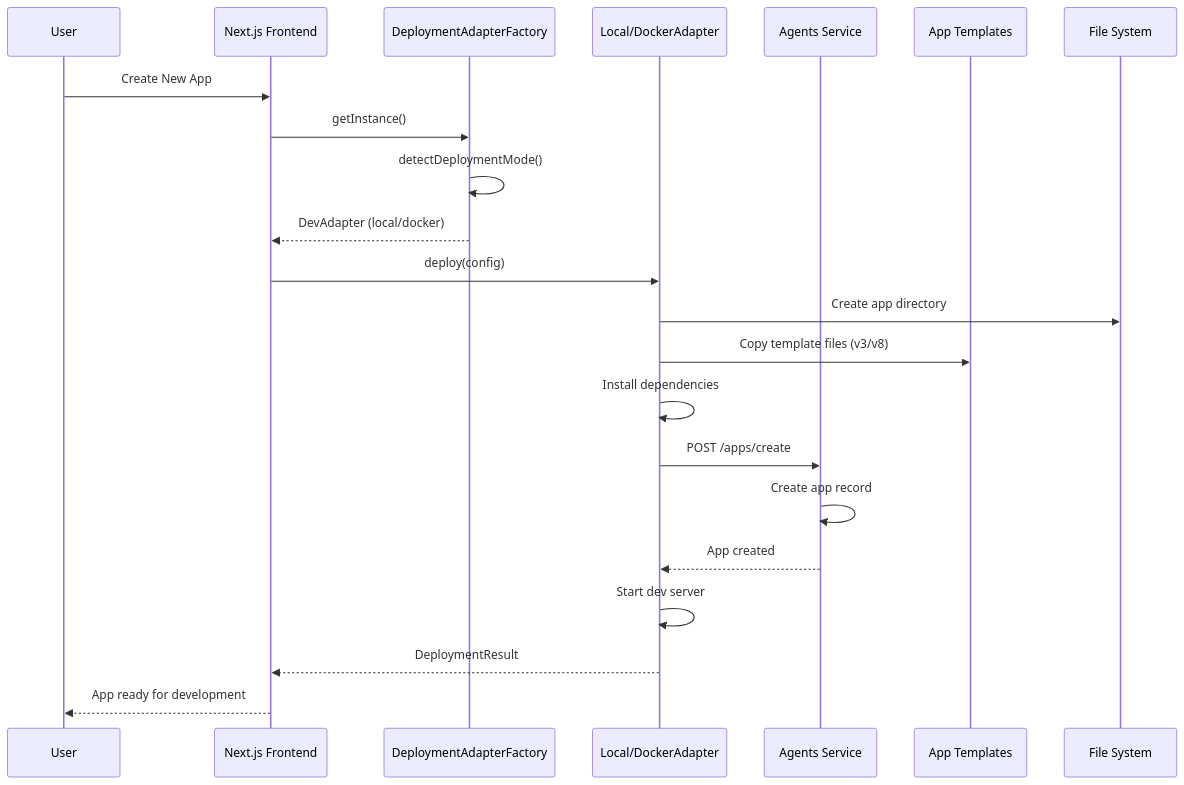
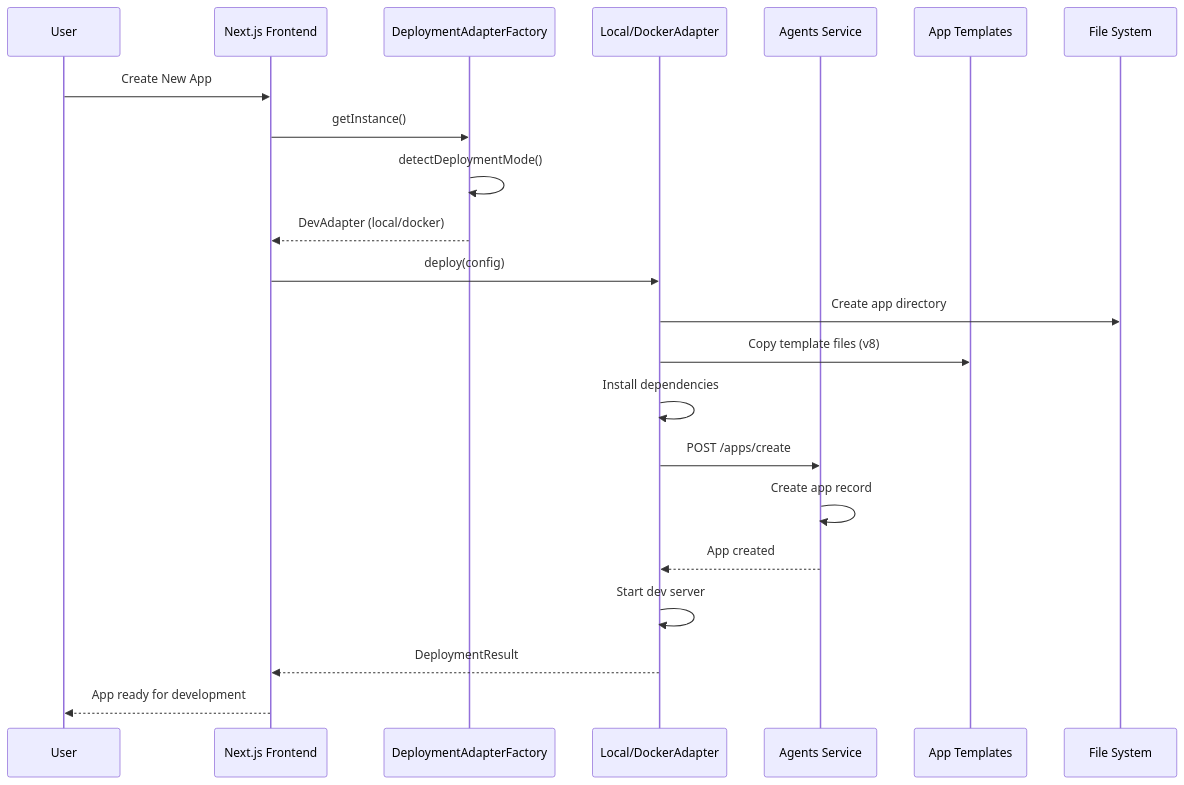
One commit to hsharif-godaddy/hackathon2026 changed the second of 3 diagrams in ARCHITECTURE_DOCUMENTATION.md. Above: the diagram before and after it, drawn with Mermaid. The commit also changed other lines of this file and 14 other files, not shown here.

````diff
--- a/ARCHITECTURE_DOCUMENTATION.md
+++ b/ARCHITECTURE_DOCUMENTATION.md
@@ -233,28 +229,28 @@
 ```mermaid
 sequenceDiagram
     participant User
     participant Frontend as Next.js Frontend
     participant DeployFactory as DeploymentAdapterFactory
     participant DevAdapter as Local/DockerAdapter
     participant AgentsAPI as Agents Service
     participant Templates as App Templates
     participant FileSystem as File System
 
     User->>Frontend: Create New App
     Frontend->>DeployFactory: getInstance()
     DeployFactory->>DeployFactory: detectDeploymentMode()
     DeployFactory-->>Frontend: DevAdapter (local/docker)
 
     Frontend->>DevAdapter: deploy(config)
     DevAdapter->>FileSystem: Create app directory
-    DevAdapter->>Templates: Copy template files (v3/v8)
+    DevAdapter->>Templates: Copy template files (v8)
     DevAdapter->>DevAdapter: Install dependencies
 
     DevAdapter->>AgentsAPI: POST /apps/create
     AgentsAPI->>AgentsAPI: Create app record
     AgentsAPI-->>DevAdapter: App created
 
     DevAdapter->>DevAdapter: Start dev server
     DevAdapter-->>Frontend: DeploymentResult
     Frontend-->>User: App ready for development
 ```
````
